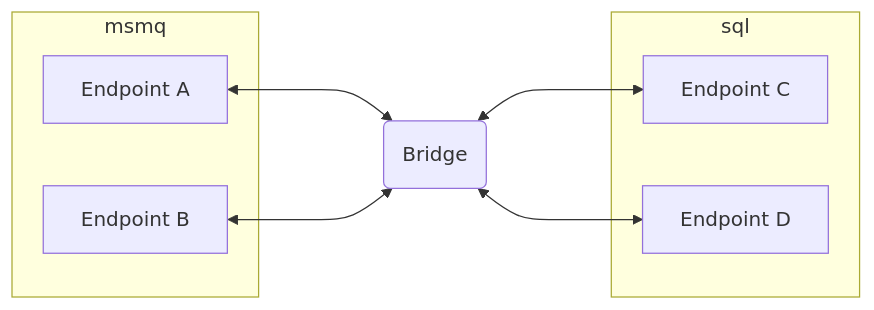
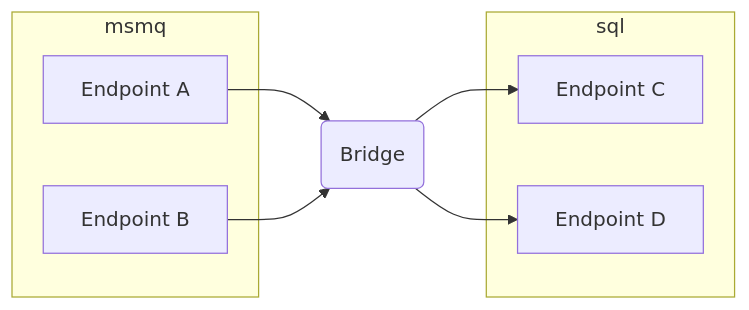
One commit to Particular/docs.particular.net changed the second of 2 diagrams in nservicebus/bridge/scenarios.md. Above: the diagram before and after it, drawn with Mermaid. The commit also changed other lines of this file and 2 other files, not shown here.

Commit message:
Add samples to bridge Temporarily remove multi-directional arrows until DocsEngine is updated

````diff
--- a/nservicebus/bridge/scenarios.md
+++ b/nservicebus/bridge/scenarios.md
@@ -40,17 +40,17 @@
 ```mermaid
 graph LR
 
 Br(Bridge)
-A[Endpoint A] <---> Br
-B[Endpoint B] <---> Br
-Br <---> C[Endpoint C]
-Br <---> D[Endpoint D]
+A[Endpoint A] --> Br
+B[Endpoint B] --> Br
+Br --> C[Endpoint C]
+Br --> D[Endpoint D]
 subgraph msmq
   A
   B
 end
 subgraph sql
   C
   D
 end
 ```
````
